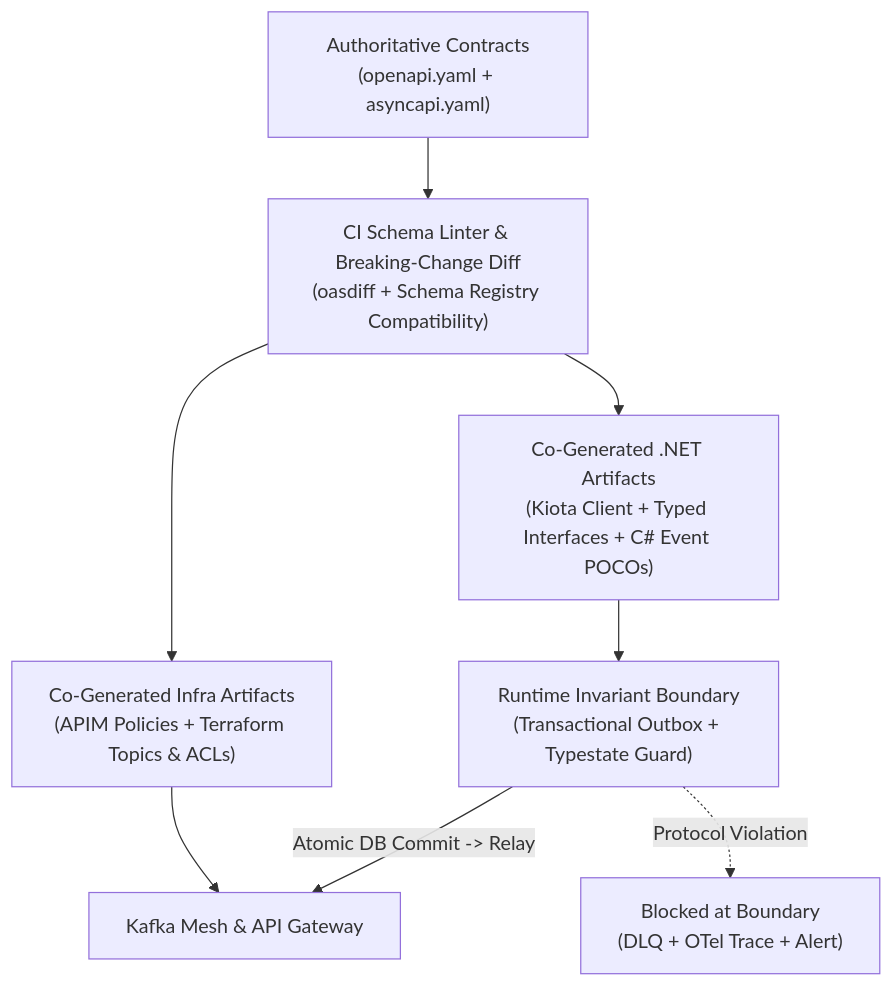
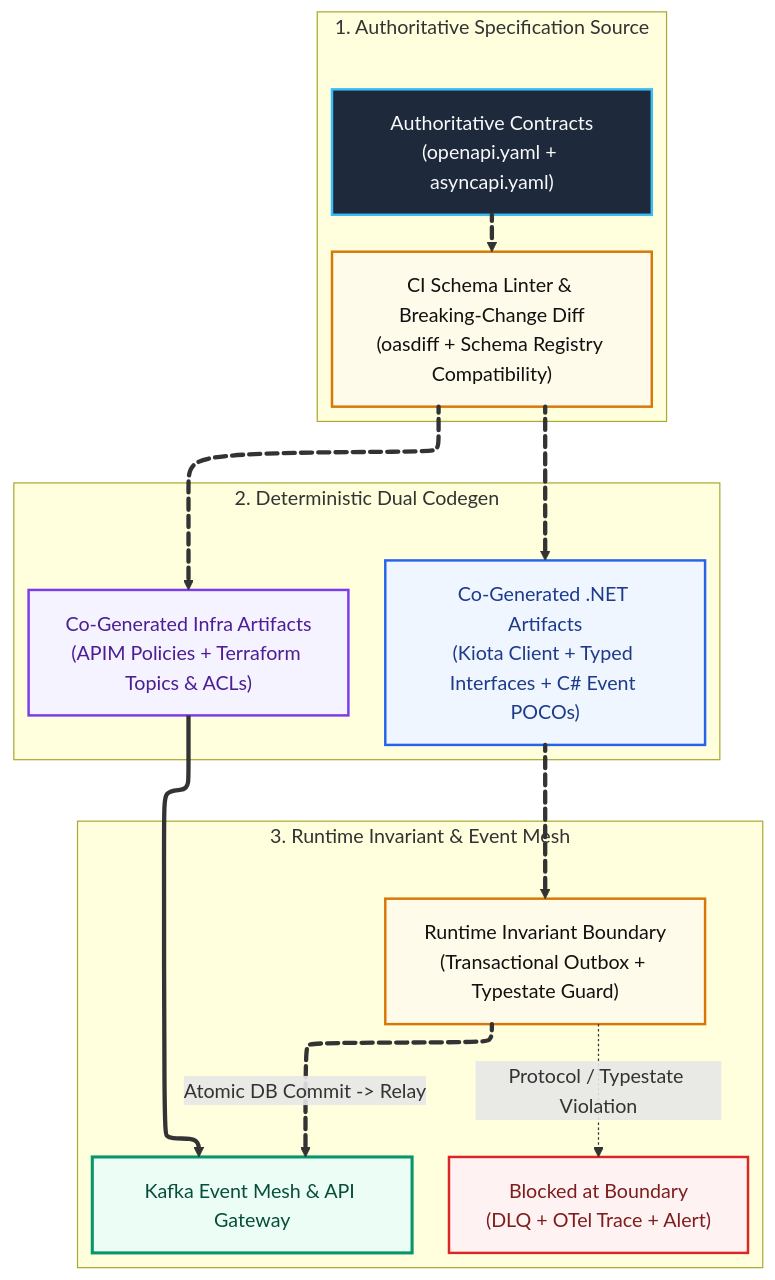
The first of 2 diagrams in src/content/blog/contract-first-net-beyond-codegen.md (kumarshaz/kumarshaz.github.io), drawn with Mermaid before and after one commit. The commit also changed other lines of this file and 22 other files, not shown here.

Commit message:
feat(blog): review 6 new posts, add hero banners, and upgrade Mermaid v12 with ELK & Tidy-Tree

````diff
--- a/src/content/blog/contract-first-net-beyond-codegen.md
+++ b/src/content/blog/contract-first-net-beyond-codegen.md
@@ -60,10 +55,43 @@
 ```mermaid
+---
+config:
+  layout: elk
+---
 flowchart TD
-    Spec["Authoritative Contracts\n(openapi.yaml + asyncapi.yaml)"] --> Lint["CI Schema Linter & Breaking-Change Diff\n(oasdiff + Schema Registry Compatibility)"]
-    Lint --> GenCode["Co-Generated .NET Artifacts\n(Kiota Client + Typed Interfaces + C# Event POCOs)"]
-    Lint --> GenInfra["Co-Generated Infra Artifacts\n(APIM Policies + Terraform Topics & ACLs)"]
-    GenCode --> Outbox["Runtime Invariant Boundary\n(Transactional Outbox + Typestate Guard)"]
-    GenInfra --> Broker["Kafka Mesh & API Gateway"]
-    Outbox -->|Atomic DB Commit -> Relay| Broker
-    Outbox -.->|Protocol Violation| Quarantine["Blocked at Boundary\n(DLQ + OTel Trace + Alert)"]
+    subgraph SpecLayer["1. Authoritative Specification Source"]
+        Spec["Authoritative Contracts\n(openapi.yaml + asyncapi.yaml)"]:::specNode
+        Lint["CI Schema Linter & Breaking-Change Diff\n(oasdiff + Schema Registry Compatibility)"]:::gateNode
+    end
+
+    subgraph CodegenLayer["2. Deterministic Dual Codegen"]
+        GenCode["Co-Generated .NET Artifacts\n(Kiota Client + Typed Interfaces + C# Event POCOs)"]:::codeNode
+        GenInfra["Co-Generated Infra Artifacts\n(APIM Policies + Terraform Topics & ACLs)"]:::infraNode
+    end
+
+    subgraph RuntimeBoundary["3. Runtime Invariant & Event Mesh"]
+        Outbox["Runtime Invariant Boundary\n(Transactional Outbox + Typestate Guard)"]:::gateNode
+        Broker["Kafka Event Mesh & API Gateway"]:::safeNode
+        Quarantine["Blocked at Boundary\n(DLQ + OTel Trace + Alert)"]:::dangerNode
+    end
+
+    Spec e1@==> Lint
+    Lint e2@==> GenCode
+    Lint e3@==> GenInfra
+    GenCode e4@==> Outbox
+    GenInfra e5@==> Broker
+    Outbox e6@==>|"Atomic DB Commit -> Relay"| Broker
+    Outbox e7@-.->|"Protocol / Typestate Violation"| Quarantine
+
+    e1@{ animate: true }
+    e2@{ animate: true }
+    e3@{ animate: true }
+    e4@{ animate: true }
+    e6@{ animate: true }
+
+    classDef specNode fill:#1E293B,stroke:#38BDF8,stroke-width:2px,color:#F8FAFC
+    classDef gateNode fill:#FFFBEB,stroke:#D97706,stroke-width:2px,color:#111111
+    classDef codeNode fill:#EFF6FF,stroke:#2563EB,stroke-width:2px,color:#1E3A8A
+    classDef infraNode fill:#F5F3FF,stroke:#7C3AED,stroke-width:2px,color:#4C1D95
+    classDef safeNode fill:#ECFDF5,stroke:#059669,stroke-width:2.5px,color:#064E3B
+    classDef dangerNode fill:#FEF2F2,stroke:#DC2626,stroke-width:2px,color:#7F1D1D
 ```
````
